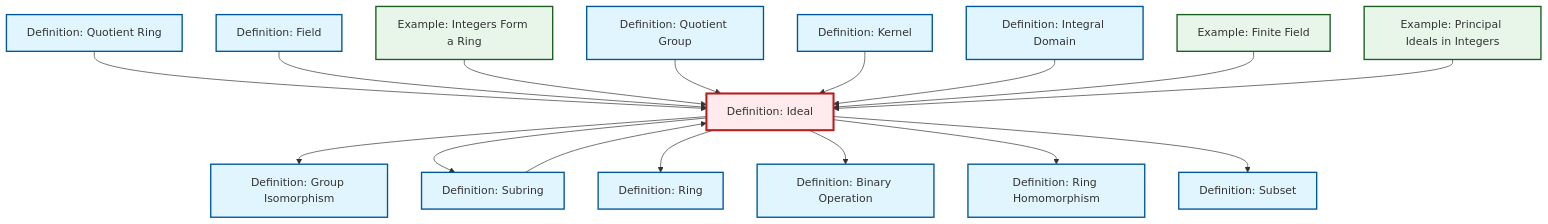
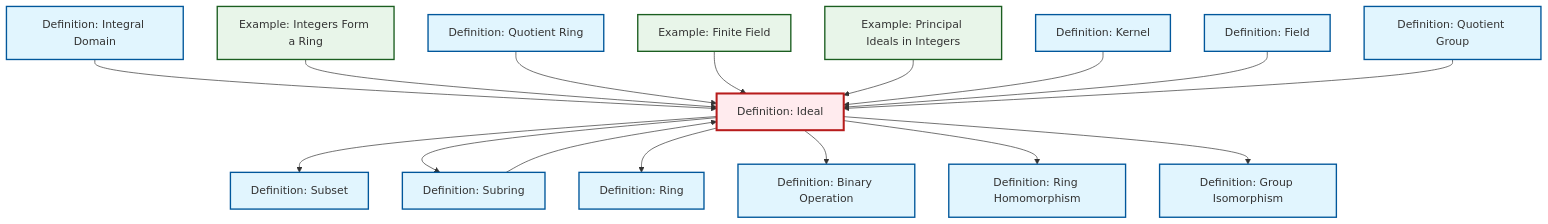
One commit to RK0429/ModernMath changed the diagram in content/ja/algebra/def-ideal.qmd. Above: the diagram before and after it, drawn with Mermaid. The commit also changed other lines of this file and 634 other files, not shown here.

First line of the commit message:
feat: Add prime ideal definition with comprehensive cross-references

````diff
--- a/content/ja/algebra/def-ideal.qmd
+++ b/content/ja/algebra/def-ideal.qmd
@@ -84,54 +84,54 @@
 ```{mermaid}
 %%| fig-cap: "Local dependency graph"
 graph TD
     classDef definition fill:#e1f5fe,stroke:#01579b,stroke-width:2px
     classDef theorem fill:#f3e5f5,stroke:#4a148c,stroke-width:2px
     classDef axiom fill:#fff3e0,stroke:#e65100,stroke-width:2px
     classDef example fill:#e8f5e9,stroke:#1b5e20,stroke-width:2px
     classDef current fill:#ffebee,stroke:#b71c1c,stroke-width:3px
+    def-quotient-ring["Definition: Quotient Ring"]:::definition
     def-binary-operation["Definition: Binary Operation"]:::definition
+    def-ring-homomorphism["Definition: Ring Homomorphism"]:::definition
+    def-quotient-group["Definition: Quotient Group"]:::definition
+    def-ring["Definition: Ring"]:::definition
+    def-subset["Definition: Subset"]:::definition
+    ex-principal-ideal["Example: Principal Ideals in Integers"]:::example
+    def-isomorphism["Definition: Group Isomorphism"]:::definition
     def-integral-domain["Definition: Integral Domain"]:::definition
+    def-subring["Definition: Subring"]:::definition
     ex-finite-field["Example: Finite Field"]:::example
-    def-ring-homomorphism["Definition: Ring Homomorphism"]:::definition
+    def-field["Definition: Field"]:::definition
     def-kernel["Definition: Kernel"]:::definition
+    ex-integers-ring["Example: Integers Form a Ring"]:::example
     def-ideal["Definition: Ideal"]:::definition
-    ex-integers-ring["Example: Integers Form a Ring"]:::example
-    def-quotient-group["Definition: Quotient Group"]:::definition
-    def-isomorphism["Definition: Group Isomorphism"]:::definition
-    def-subring["Definition: Subring"]:::definition
-    ex-principal-ideal["Example: Principal Ideals in Integers"]:::example
-    def-quotient-ring["Definition: Quotient Ring"]:::definition
-    def-subset["Definition: Subset"]:::definition
-    def-field["Definition: Field"]:::definition
-    def-ring["Definition: Ring"]:::definition
+    def-ideal --> def-subset
+    def-ideal --> def-subring
+    def-integral-domain --> def-ideal
+    def-ideal --> def-ring
+    ex-integers-ring --> def-ideal
+    def-quotient-ring --> def-ideal
+    def-subring --> def-ideal
+    def-ideal --> def-binary-operation
+    ex-finite-field --> def-ideal
+    ex-principal-ideal --> def-ideal
+    def-kernel --> def-ideal
+    def-field --> def-ideal
+    def-quotient-group --> def-ideal
+    def-ideal --> def-ring-homomorphism
     def-ideal --> def-isomorphism
-    def-quotient-ring --> def-ideal
-    def-field --> def-ideal
-    def-ideal --> def-subring
-    ex-integers-ring --> def-ideal
-    def-subring --> def-ideal
-    def-ideal --> def-ring
-    def-quotient-group --> def-ideal
-    def-ideal --> def-binary-operation
-    def-kernel --> def-ideal
-    def-integral-domain --> def-ideal
-    ex-finite-field --> def-ideal
-    def-ideal --> def-ring-homomorphism
-    def-ideal --> def-subset
-    ex-principal-ideal --> def-ideal
     class def-ideal current
+    click def-quotient-ring "def-quotient-ring.html" "Definition: Quotient Ringへ"
     click def-binary-operation "def-binary-operation.html" "Definition: Binary Operationへ"
+    click def-ring-homomorphism "def-ring-homomorphism.html" "Definition: Ring Homomorphismへ"
+    click def-quotient-group "def-quotient-group.html" "Definition: Quotient Groupへ"
+    click def-ring "def-ring.html" "Definition: Ringへ"
+    click def-subset "def-subset.html" "Definition: Subsetへ"
+    click ex-principal-ideal "ex-principal-ideal.html" "Example: Principal Ideals in Integersへ"
+    click def-isomorphism "def-isomorphism.html" "Definition: Group Isomorphismへ"
     click def-integral-domain "def-integral-domain.html" "Definition: Integral Domainへ"
+    click def-subring "def-subring.html" "Definition: Subringへ"
     click ex-finite-field "ex-finite-field.html" "Example: Finite Fieldへ"
-    click def-ring-homomorphism "def-ring-homomorphism.html" "Definition: Ring Homomorphismへ"
+    click def-field "def-field.html" "Definition: Fieldへ"
     click def-kernel "def-kernel.html" "Definition: Kernelへ"
     click ex-integers-ring "ex-integers-ring.html" "Example: Integers Form a Ringへ"
-    click def-quotient-group "def-quotient-group.html" "Definition: Quotient Groupへ"
-    click def-isomorphism "def-isomorphism.html" "Definition: Group Isomorphismへ"
-    click def-subring "def-subring.html" "Definition: Subringへ"
-    click ex-principal-ideal "ex-principal-ideal.html" "Example: Principal Ideals in Integersへ"
-    click def-quotient-ring "def-quotient-ring.html" "Definition: Quotient Ringへ"
-    click def-subset "def-subset.html" "Definition: Subsetへ"
-    click def-field "def-field.html" "Definition: Fieldへ"
-    click def-ring "def-ring.html" "Definition: Ringへ"
 ```
````
